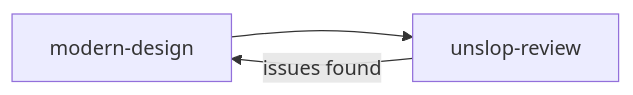
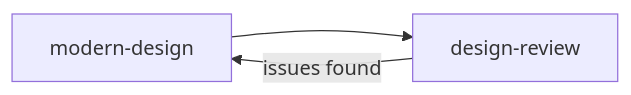
One commit to santiagodie/modern-design-pack changed the diagram in README.md. Above: the diagram before and after it, drawn with Mermaid. The commit also changed other lines of this file and 14 other files, not shown here.

Commit message:
feat: design-review with URL audit mode

````diff
--- a/README.md
+++ b/README.md
@@ -79,5 +80,5 @@
 ```mermaid
 flowchart LR
-    A[modern-design] --> B[unslop-review]
+    A[modern-design] --> B[design-review]
     B -- issues found --> A
 ```
````
